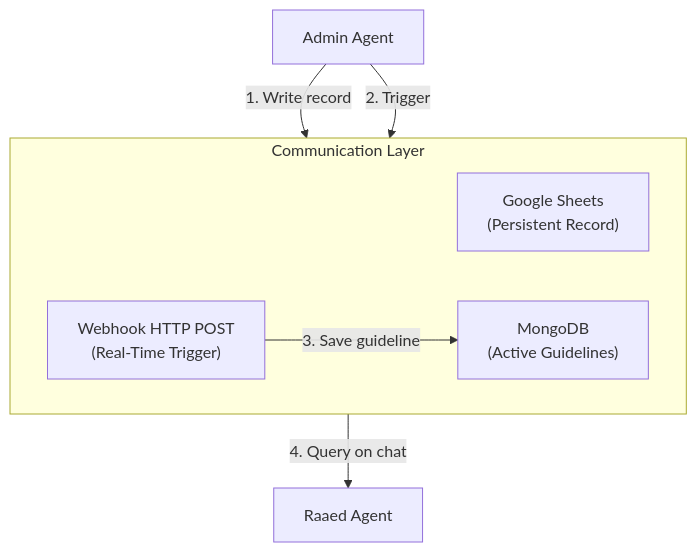
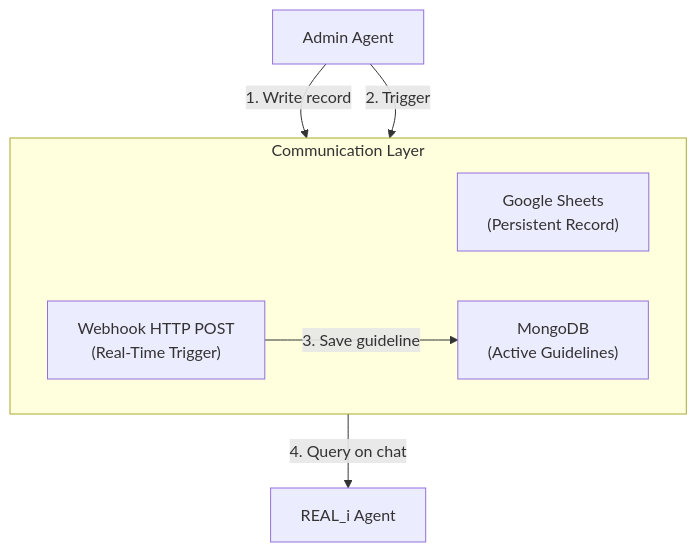
Before and after one commit to Gohar-Hany/real-i-ai-engine: the tenth of 11 diagrams in docs/SYSTEM_DOCUMENTATION.md, drawn with Mermaid. The commit also changed other lines of this file and 100 other files, not shown here.

````diff
--- a/docs/SYSTEM_DOCUMENTATION.md
+++ b/docs/SYSTEM_DOCUMENTATION.md
@@ -625,14 +625,14 @@
 ```mermaid
 graph TB
     subgraph "Communication Layer"
         direction LR
         GS3["Google Sheets<br/>(Persistent Record)"]
         MDB["MongoDB<br/>(Active Guidelines)"]
         WH2["Webhook HTTP POST<br/>(Real-Time Trigger)"]
     end
 
     ADMIN2[Admin Agent] -->|"1. Write record"| GS3
     ADMIN2 -->|"2. Trigger"| WH2
     WH2 -->|"3. Save guideline"| MDB
-    MDB -->|"4. Query on chat"| RAAED2[Raaed Agent]
+    MDB -->|"4. Query on chat"| REAL_i2[REAL_i Agent]
 ```
````
